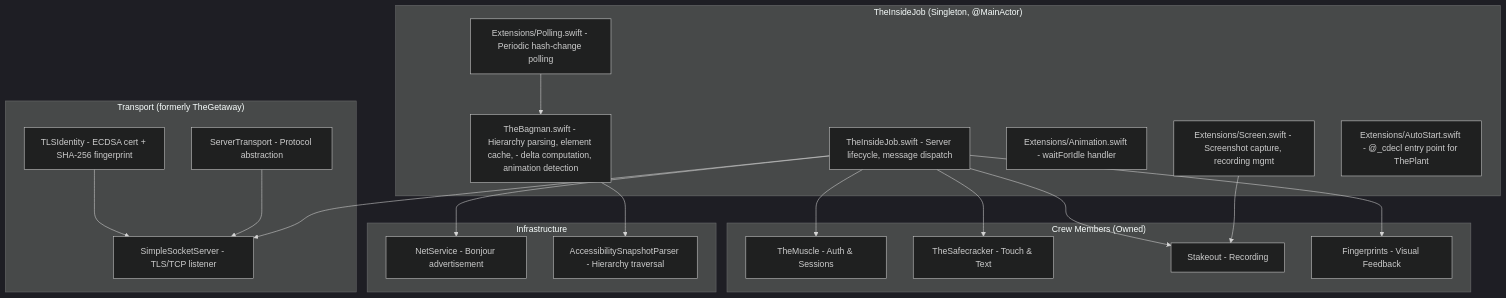
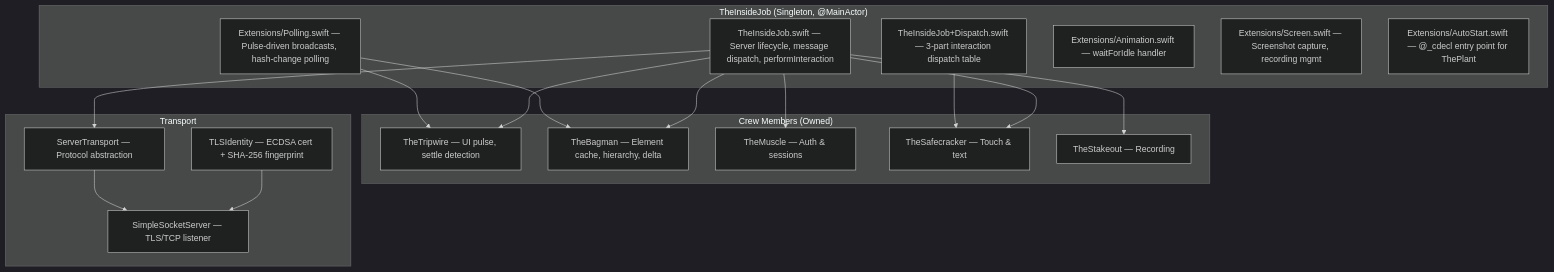
The first of 5 diagrams in docs/dossiers/07-THEINSIDEJOB.md (RoyalPineapple/TheButtonHeist), drawn with Mermaid (dark theme) before and after one commit. The commit also changed other lines of this file and 11 other files, not shown here.

````diff
--- a/docs/dossiers/07-THEINSIDEJOB.md
+++ b/docs/dossiers/07-THEINSIDEJOB.md
@@ -23,42 +23,37 @@
 ```mermaid
 graph TD
     subgraph TheInsideJob["TheInsideJob (Singleton, @MainActor)"]
-        Core["TheInsideJob.swift - Server lifecycle, message dispatch"]
-        Bagman["TheBagman.swift - Hierarchy parsing, element cache, - delta computation, animation detection"]
-        Anim["Extensions/Animation.swift - waitForIdle handler"]
-        Poll["Extensions/Polling.swift - Periodic hash-change polling"]
-        Screen["Extensions/Screen.swift - Screenshot capture, recording mgmt"]
-        Auto["Extensions/AutoStart.swift - @_cdecl entry point for ThePlant"]
+        Core["TheInsideJob.swift — Server lifecycle, message dispatch, performInteraction"]
+        Dispatch["TheInsideJob+Dispatch.swift — 3-part interaction dispatch table"]
+        Poll["Extensions/Polling.swift — Pulse-driven broadcasts, hash-change polling"]
+        Anim["Extensions/Animation.swift — waitForIdle handler"]
+        Screen["Extensions/Screen.swift — Screenshot capture, recording mgmt"]
+        Auto["Extensions/AutoStart.swift — @_cdecl entry point for ThePlant"]
     end
 
     subgraph Crew["Crew Members (Owned)"]
-        Muscle["TheMuscle - Auth & Sessions"]
-        Safecracker["TheSafecracker - Touch & Text"]
-        StakeoutCrew["Stakeout - Recording"]
-        Fingerprints["Fingerprints - Visual Feedback"]
+        Tripwire["TheTripwire — UI pulse, settle detection"]
+        Bagman["TheBagman — Element cache, hierarchy, delta"]
+        Muscle["TheMuscle — Auth & sessions"]
+        Safecracker["TheSafecracker — Touch & text"]
+        Stakeout["TheStakeout — Recording"]
     end
 
-    subgraph Transport["Transport (formerly TheGetaway)"]
-        Server["SimpleSocketServer - TLS/TCP listener"]
-        STransport["ServerTransport - Protocol abstraction"]
-        TLS["TLSIdentity - ECDSA cert + SHA-256 fingerprint"]
-    end
-
-    subgraph Infra["Infrastructure"]
-        NetService["NetService - Bonjour advertisement"]
-        Parser["AccessibilitySnapshotParser - Hierarchy traversal"]
+    subgraph Transport["Transport"]
+        Server["SimpleSocketServer — TLS/TCP listener"]
+        STransport["ServerTransport — Protocol abstraction"]
+        TLS["TLSIdentity — ECDSA cert + SHA-256 fingerprint"]
     end
 
     TLS --> Server
     STransport --> Server
-
     Core --> Muscle
     Core --> Safecracker
-    Core --> StakeoutCrew
-    Core --> Fingerprints
-    Core --> Server
-    Core --> NetService
-    Bagman --> Parser
+    Core --> Stakeout
+    Core --> Tripwire
+    Core --> Bagman
+    Core --> STransport
+    Dispatch --> Safecracker
+    Poll --> Tripwire
     Poll --> Bagman
-    Screen --> StakeoutCrew
 ```
````
